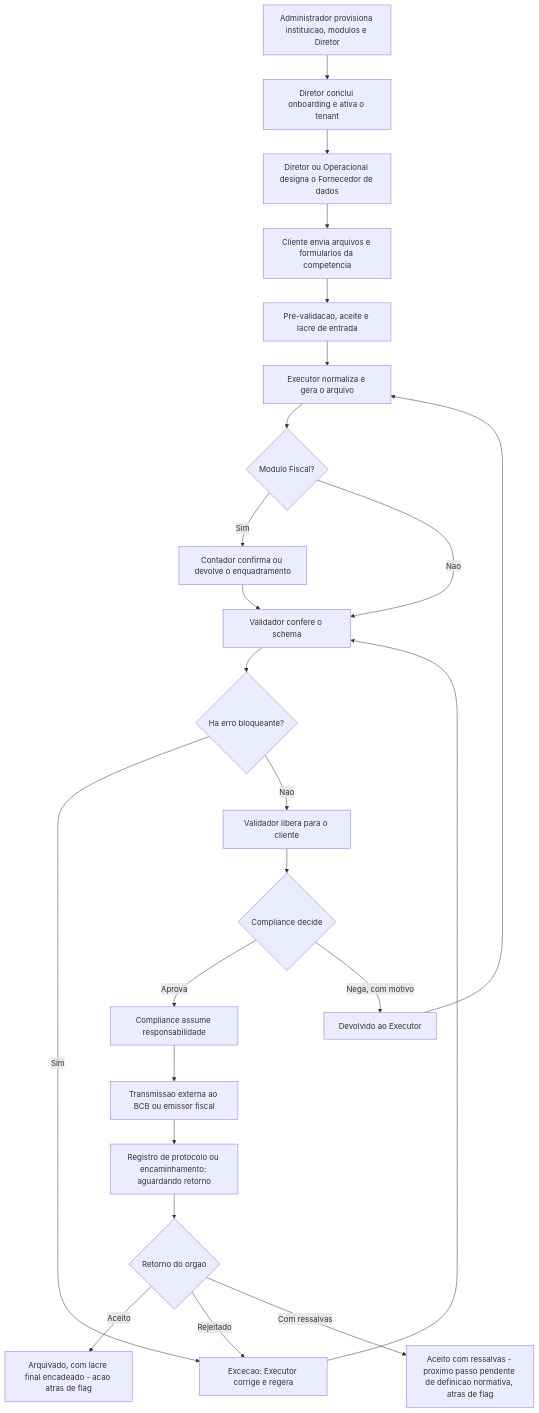
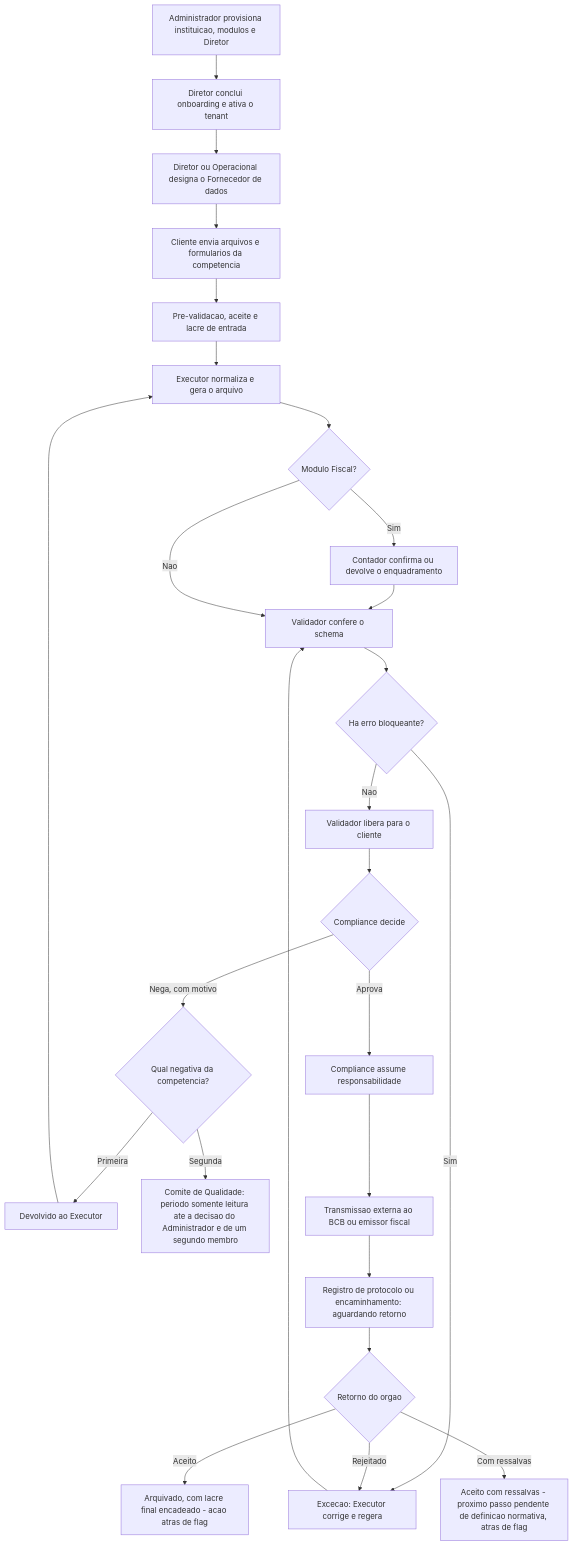
The diagram in docs/resumo-executivo-videnas.md (manucadev81/videnas-app), drawn with Mermaid before and after one commit. The commit also changed other lines of this file and 28 other files, not shown here.

First line of the commit message:
feat: approval flow R3 - denial counter and Quality Committee escalation

````diff
--- a/docs/resumo-executivo-videnas.md
+++ b/docs/resumo-executivo-videnas.md
@@ -30,26 +30,28 @@
 ```mermaid
 flowchart TD
     A[Administrador provisiona instituicao, modulos e Diretor] --> B[Diretor conclui onboarding e ativa o tenant]
     B --> C[Diretor ou Operacional designa o Fornecedor de dados]
     C --> D[Cliente envia arquivos e formularios da competencia]
     D --> E[Pre-validacao, aceite e lacre de entrada]
     E --> F[Executor normaliza e gera o arquivo]
     F --> G{Modulo Fiscal?}
     G -- Sim --> H[Contador confirma ou devolve o enquadramento]
     H --> I[Validador confere o schema]
     G -- Nao --> I
     I --> J{Ha erro bloqueante?}
     J -- Sim --> K[Excecao: Executor corrige e regera]
     K --> I
     J -- Nao --> L[Validador libera para o cliente]
     L --> M{Compliance decide}
     M -- Aprova --> N[Compliance assume responsabilidade]
-    M -- Nega, com motivo --> M2[Devolvido ao Executor]
+    M -- Nega, com motivo --> M3{Qual negativa da competencia?}
+    M3 -- Primeira --> M2[Devolvido ao Executor]
+    M3 -- Segunda --> M4[Comite de Qualidade: periodo somente leitura ate a decisao do Administrador e de um segundo membro]
     M2 --> F
     N --> O[Transmissao externa ao BCB ou emissor fiscal]
     O --> P[Registro de protocolo ou encaminhamento: aguardando retorno]
     P --> Q{Retorno do orgao}
     Q -- Aceito --> R[Arquivado, com lacre final encadeado - acao atras de flag]
     Q -- Rejeitado --> K
     Q -- Com ressalvas --> S[Aceito com ressalvas - proximo passo pendente de definicao normativa, atras de flag]
 ```
````
